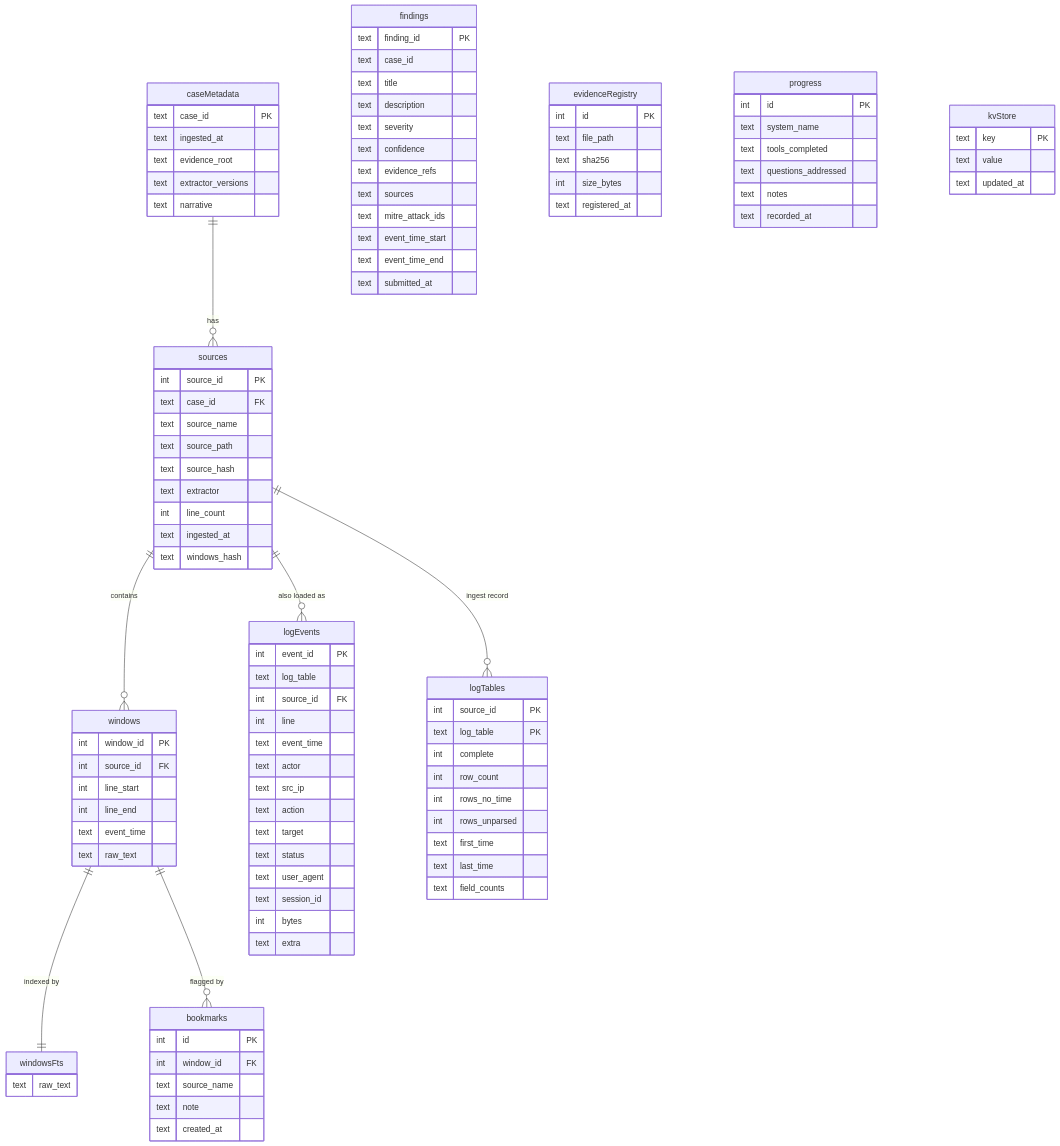
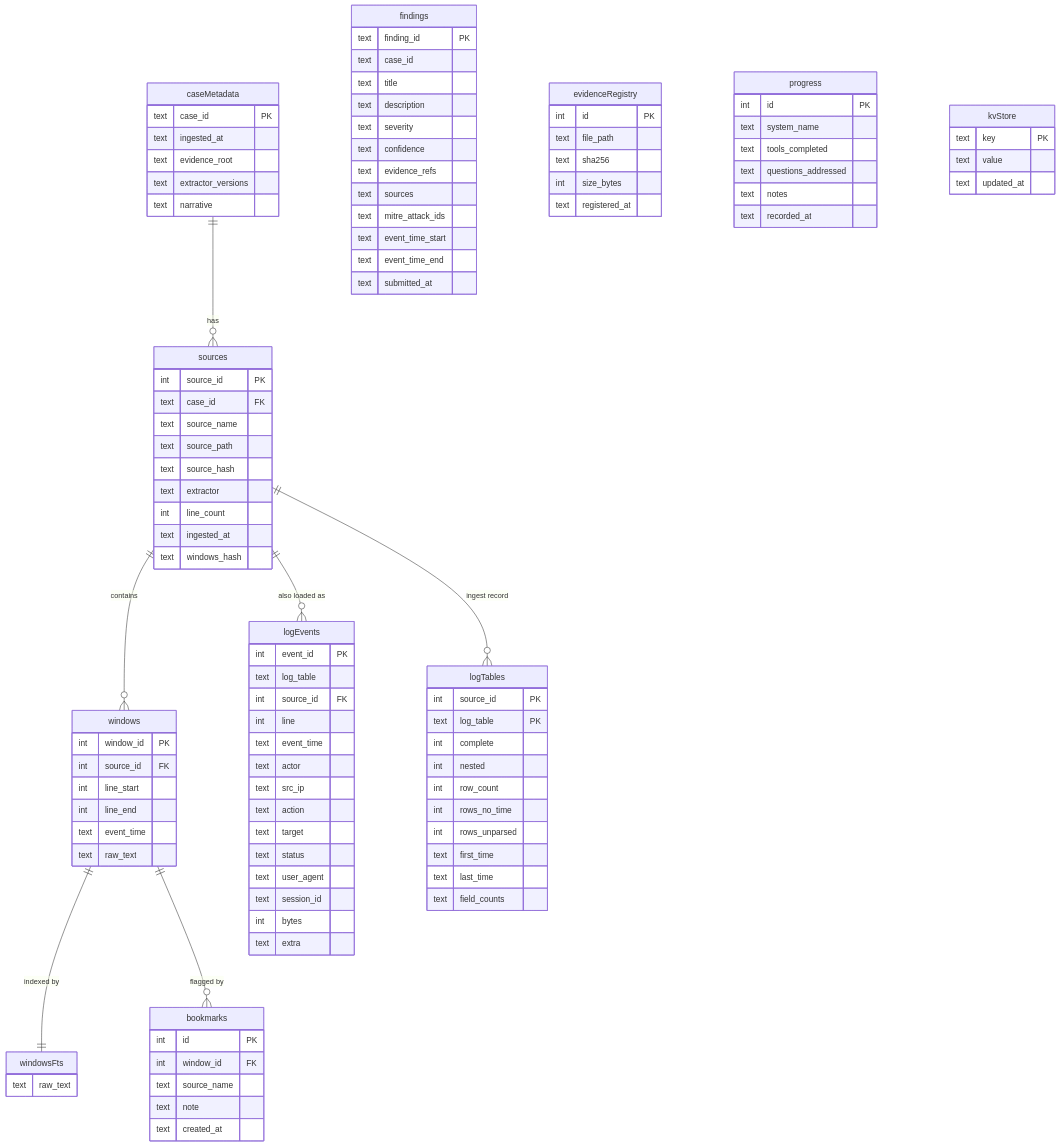
Before and after one commit to calebevans/mulder: the fifth of 6 diagrams in docs/architecture.md, drawn with Mermaid. The commit also changed other lines of this file and 9 other files, not shown here.

```diff
--- a/docs/architecture.md
+++ b/docs/architecture.md
@@ -390,6 +390,7 @@
         int source_id PK
         text log_table PK
         int complete
+        int nested
         int row_count
         int rows_no_time
         int rows_unparsed
```
